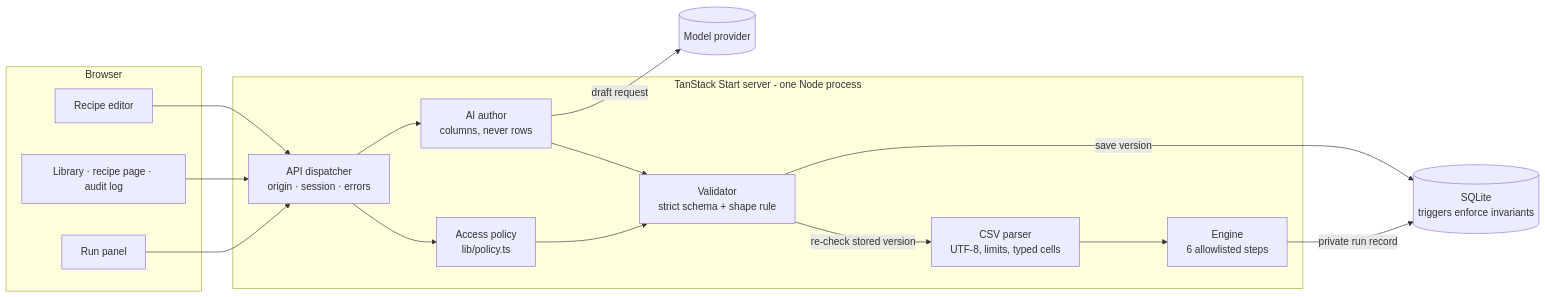
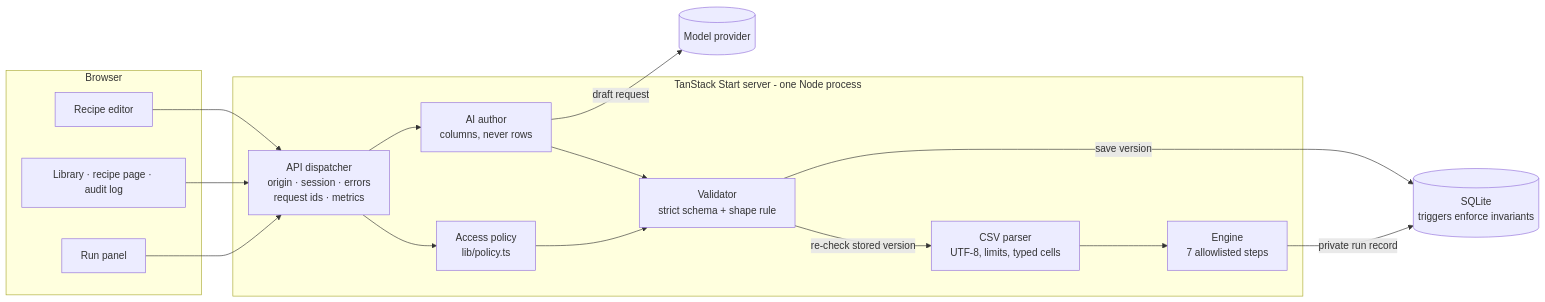
One commit to Abhinavsuri90/flowpilot changed the first of 6 diagrams in docs/system-design.md. Above: the diagram before and after it, drawn with Mermaid. The commit also changed other lines of this file and 5 other files, not shown here.

````diff
--- a/docs/system-design.md
+++ b/docs/system-design.md
@@ -24,26 +25,26 @@
 ```mermaid
 flowchart LR
   subgraph Browser
     ED[Recipe editor]
     LB[Library · recipe page · audit log]
     RP[Run panel]
   end
   subgraph Server[TanStack Start server - one Node process]
-    DP[API dispatcher<br/>origin · session · errors]
+    DP[API dispatcher<br/>origin · session · errors<br/>request ids · metrics]
     AI[AI author<br/>columns, never rows]
     PO[Access policy<br/>lib/policy.ts]
     VA[Validator<br/>strict schema + shape rule]
     CS[CSV parser<br/>UTF-8, limits, typed cells]
-    EN[Engine<br/>6 allowlisted steps]
+    EN[Engine<br/>7 allowlisted steps]
   end
   MP[(Model provider)]
   DB[(SQLite<br/>triggers enforce invariants)]
   ED --> DP
   LB --> DP
   RP --> DP
   DP --> AI -- draft request --> MP
   AI --> VA
   DP --> PO --> VA
   VA -- save version --> DB
   VA -- re-check stored version --> CS --> EN -- private run record --> DB
 ```
````
